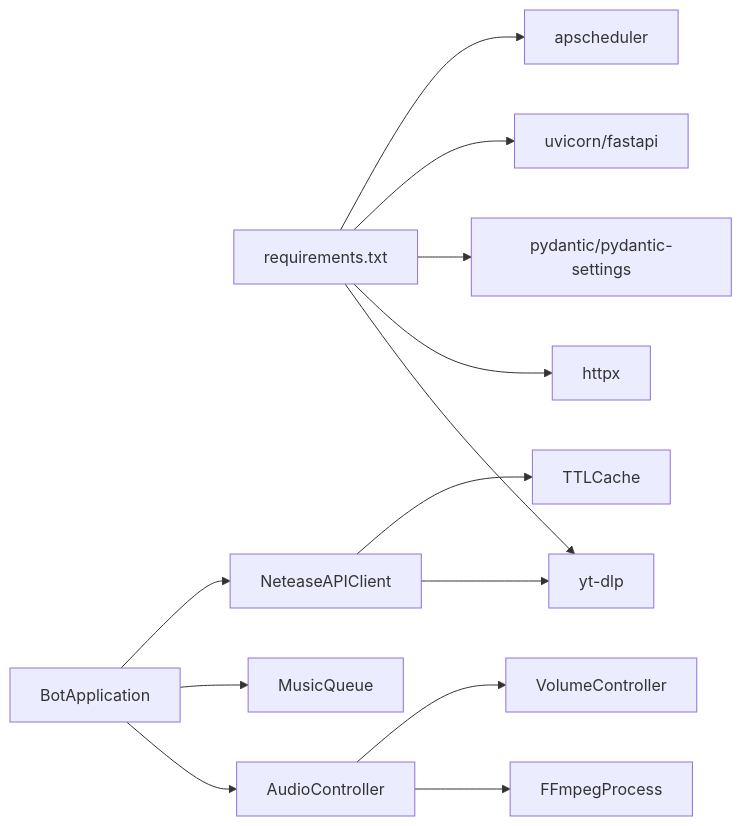
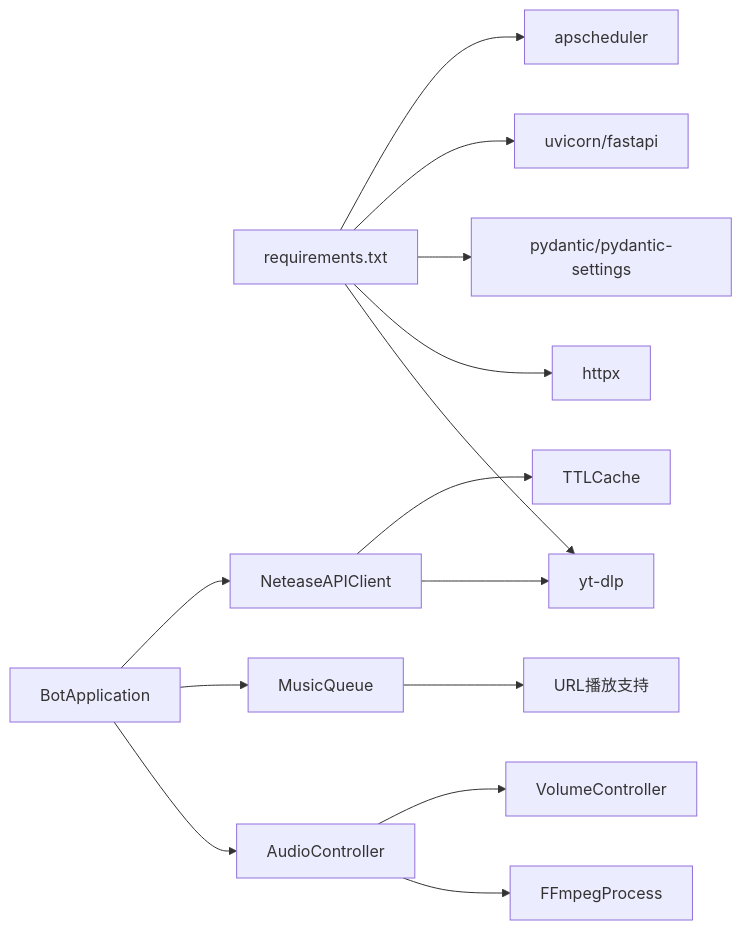
One commit to GhoulOwl/Teamspeak3_Bot changed the tenth of 10 diagrams in .qoder/repowiki/zh/content/音乐播放系统/音乐播放系统.md. Above: the diagram before and after it, drawn with Mermaid. The commit also changed other lines of this file and 5 other files, not shown here.

````diff
--- a/.qoder/repowiki/zh/content/音乐播放系统/音乐播放系统.md
+++ b/.qoder/repowiki/zh/content/音乐播放系统/音乐播放系统.md
@@ -386,15 +451,16 @@
 ```mermaid
 graph LR
 REQ["requirements.txt"] --> YT["yt-dlp"]
 REQ --> HTTPX["httpx"]
 REQ --> PYD["pydantic/pydantic-settings"]
 REQ --> UV["uvicorn/fastapi"]
 REQ --> APS["apscheduler"]
 APP["BotApplication"] --> CTRL["AudioController"]
 APP --> QUEUE["MusicQueue"]
 APP --> NET["NeteaseAPIClient"]
 CTRL --> FFMPEG["FFmpegProcess"]
 CTRL --> VOL["VolumeController"]
 NET --> YT
 NET --> CACHE["TTLCache"]
+QUEUE --> URL["URL播放支持"]
 ```
````
